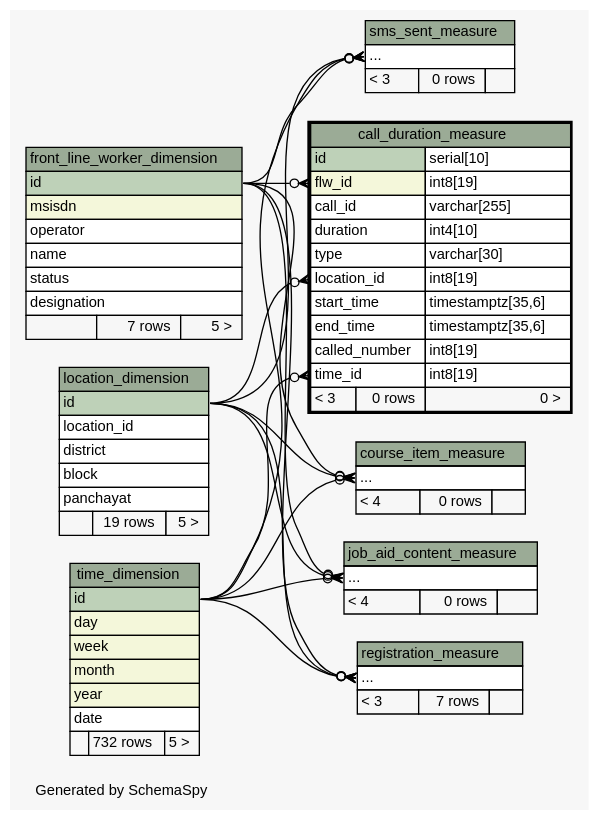
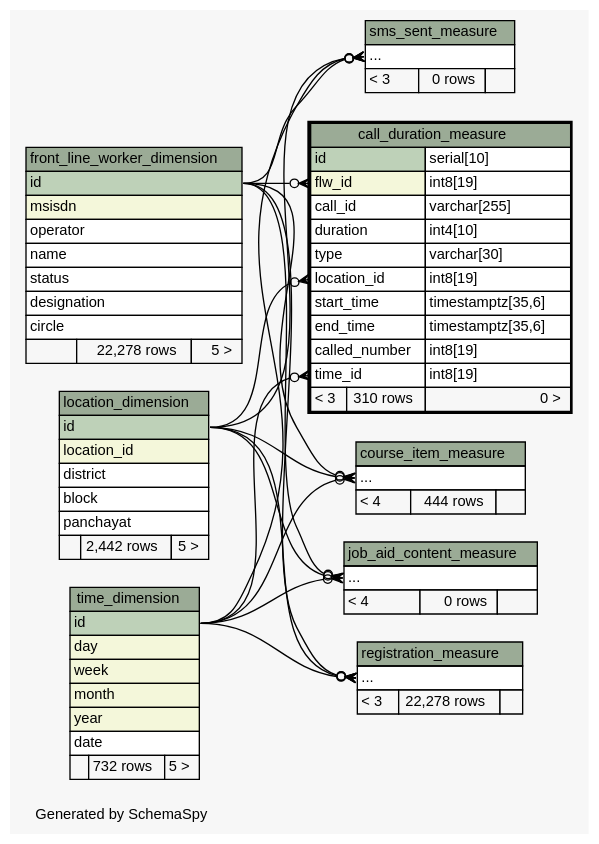
The diagram in ananya-report/build/schemaspy-output/diagrams/call_duration_measure.2degrees.dot (motech/ananya), drawn with Graphviz before and after one commit. The commit also changed 69 other files, not shown here.

```diff
--- a/ananya-report/build/schemaspy-output/diagrams/call_duration_measure.2degrees.dot
+++ b/ananya-report/build/schemaspy-output/diagrams/call_duration_measure.2degrees.dot
@@ -1,140 +1,141 @@
 // dot 2.26.3 on Linux 2.6.38-11-generic-pae
 // SchemaSpy rev 590
 digraph "twoDegreesRelationshipsDiagram" {
   graph [
     rankdir="RL"
     bgcolor="#f7f7f7"
     label="\nGenerated by SchemaSpy"
     labeljust="l"
     nodesep="0.18"
     ranksep="0.46"
     fontname="Helvetica"
     fontsize="11"
   ];
   node [
     fontname="Helvetica"
     fontsize="11"
     shape="plaintext"
   ];
   edge [
     arrowsize="0.8"
   ];
   "call_duration_measure":"flw_id":w -> "front_line_worker_dimension":"id":e [arrowhead=none dir=back arrowtail=crowodot];
   "call_duration_measure":"location_id":w -> "location_dimension":"id":e [arrowhead=none dir=back arrowtail=crowodot];
   "call_duration_measure":"time_id":w -> "time_dimension":"id":e [arrowhead=none dir=back arrowtail=crowodot];
   "course_item_measure":"elipses":w -> "front_line_worker_dimension":"id":e [arrowhead=none dir=back arrowtail=crowodot];
   "course_item_measure":"elipses":w -> "location_dimension":"id":e [arrowhead=none dir=back arrowtail=crowodot];
   "course_item_measure":"elipses":w -> "time_dimension":"id":e [arrowhead=none dir=back arrowtail=crowodot];
   "job_aid_content_measure":"elipses":w -> "front_line_worker_dimension":"id":e [arrowhead=none dir=back arrowtail=crowodot];
   "job_aid_content_measure":"elipses":w -> "location_dimension":"id":e [arrowhead=none dir=back arrowtail=crowodot];
   "job_aid_content_measure":"elipses":w -> "time_dimension":"id":e [arrowhead=none dir=back arrowtail=crowodot];
   "registration_measure":"elipses":w -> "front_line_worker_dimension":"id":e [arrowhead=none dir=back arrowtail=crowodot];
   "registration_measure":"elipses":w -> "location_dimension":"id":e [arrowhead=none dir=back arrowtail=crowodot];
   "registration_measure":"elipses":w -> "time_dimension":"id":e [arrowhead=none dir=back arrowtail=crowodot];
   "sms_sent_measure":"elipses":w -> "front_line_worker_dimension":"id":e [arrowhead=none dir=back arrowtail=crowodot];
   "sms_sent_measure":"elipses":w -> "location_dimension":"id":e [arrowhead=none dir=back arrowtail=crowodot];
   "sms_sent_measure":"elipses":w -> "time_dimension":"id":e [arrowhead=none dir=back arrowtail=crowodot];
   "call_duration_measure" [
     label=<
     <TABLE BORDER="2" CELLBORDER="1" CELLSPACING="0" BGCOLOR="#ffffff">
       <TR><TD COLSPAN="3" BGCOLOR="#9bab96" ALIGN="CENTER">call_duration_measure</TD></TR>
       <TR><TD PORT="id" COLSPAN="2" BGCOLOR="#bed1b8" ALIGN="LEFT">id</TD><TD PORT="id.type" ALIGN="LEFT">serial[10]</TD></TR>
       <TR><TD PORT="flw_id" COLSPAN="2" BGCOLOR="#f4f7da" ALIGN="LEFT">flw_id</TD><TD PORT="flw_id.type" ALIGN="LEFT">int8[19]</TD></TR>
       <TR><TD PORT="call_id" COLSPAN="2" ALIGN="LEFT">call_id</TD><TD PORT="call_id.type" ALIGN="LEFT">varchar[255]</TD></TR>
       <TR><TD PORT="duration" COLSPAN="2" ALIGN="LEFT">duration</TD><TD PORT="duration.type" ALIGN="LEFT">int4[10]</TD></TR>
       <TR><TD PORT="type" COLSPAN="2" ALIGN="LEFT">type</TD><TD PORT="type.type" ALIGN="LEFT">varchar[30]</TD></TR>
       <TR><TD PORT="location_id" COLSPAN="2" ALIGN="LEFT">location_id</TD><TD PORT="location_id.type" ALIGN="LEFT">int8[19]</TD></TR>
       <TR><TD PORT="start_time" COLSPAN="2" ALIGN="LEFT">start_time</TD><TD PORT="start_time.type" ALIGN="LEFT">timestamptz[35,6]</TD></TR>
       <TR><TD PORT="end_time" COLSPAN="2" ALIGN="LEFT">end_time</TD><TD PORT="end_time.type" ALIGN="LEFT">timestamptz[35,6]</TD></TR>
       <TR><TD PORT="called_number" COLSPAN="2" ALIGN="LEFT">called_number</TD><TD PORT="called_number.type" ALIGN="LEFT">int8[19]</TD></TR>
       <TR><TD PORT="time_id" COLSPAN="2" ALIGN="LEFT">time_id</TD><TD PORT="time_id.type" ALIGN="LEFT">int8[19]</TD></TR>
-      <TR><TD ALIGN="LEFT" BGCOLOR="#f7f7f7">&lt; 3</TD><TD ALIGN="RIGHT" BGCOLOR="#f7f7f7">0 rows</TD><TD ALIGN="RIGHT" BGCOLOR="#f7f7f7">0 &gt;</TD></TR>
+      <TR><TD ALIGN="LEFT" BGCOLOR="#f7f7f7">&lt; 3</TD><TD ALIGN="RIGHT" BGCOLOR="#f7f7f7">310 rows</TD><TD ALIGN="RIGHT" BGCOLOR="#f7f7f7">0 &gt;</TD></TR>
     </TABLE>>
     URL="call_duration_measure.html"
     tooltip="call_duration_measure"
   ];
   "course_item_measure" [
     label=<
     <TABLE BORDER="0" CELLBORDER="1" CELLSPACING="0" BGCOLOR="#ffffff">
       <TR><TD COLSPAN="3" BGCOLOR="#9bab96" ALIGN="CENTER">course_item_measure</TD></TR>
       <TR><TD PORT="elipses" COLSPAN="3" ALIGN="LEFT">...</TD></TR>
-      <TR><TD ALIGN="LEFT" BGCOLOR="#f7f7f7">&lt; 4</TD><TD ALIGN="RIGHT" BGCOLOR="#f7f7f7">0 rows</TD><TD ALIGN="RIGHT" BGCOLOR="#f7f7f7">  </TD></TR>
+      <TR><TD ALIGN="LEFT" BGCOLOR="#f7f7f7">&lt; 4</TD><TD ALIGN="RIGHT" BGCOLOR="#f7f7f7">444 rows</TD><TD ALIGN="RIGHT" BGCOLOR="#f7f7f7">  </TD></TR>
     </TABLE>>
     URL="course_item_measure.html"
     tooltip="course_item_measure"
   ];
   "front_line_worker_dimension" [
     label=<
     <TABLE BORDER="0" CELLBORDER="1" CELLSPACING="0" BGCOLOR="#ffffff">
       <TR><TD COLSPAN="3" BGCOLOR="#9bab96" ALIGN="CENTER">front_line_worker_dimension</TD></TR>
       <TR><TD PORT="id" COLSPAN="3" BGCOLOR="#bed1b8" ALIGN="LEFT">id</TD></TR>
       <TR><TD PORT="msisdn" COLSPAN="3" BGCOLOR="#f4f7da" ALIGN="LEFT">msisdn</TD></TR>
       <TR><TD PORT="operator" COLSPAN="3" ALIGN="LEFT">operator</TD></TR>
       <TR><TD PORT="name" COLSPAN="3" ALIGN="LEFT">name</TD></TR>
       <TR><TD PORT="status" COLSPAN="3" ALIGN="LEFT">status</TD></TR>
       <TR><TD PORT="designation" COLSPAN="3" ALIGN="LEFT">designation</TD></TR>
-      <TR><TD ALIGN="LEFT" BGCOLOR="#f7f7f7">  </TD><TD ALIGN="RIGHT" BGCOLOR="#f7f7f7">7 rows</TD><TD ALIGN="RIGHT" BGCOLOR="#f7f7f7">5 &gt;</TD></TR>
+      <TR><TD PORT="circle" COLSPAN="3" ALIGN="LEFT">circle</TD></TR>
+      <TR><TD ALIGN="LEFT" BGCOLOR="#f7f7f7">  </TD><TD ALIGN="RIGHT" BGCOLOR="#f7f7f7">22,278 rows</TD><TD ALIGN="RIGHT" BGCOLOR="#f7f7f7">5 &gt;</TD></TR>
     </TABLE>>
     URL="front_line_worker_dimension.html"
     tooltip="front_line_worker_dimension"
   ];
   "job_aid_content_measure" [
     label=<
     <TABLE BORDER="0" CELLBORDER="1" CELLSPACING="0" BGCOLOR="#ffffff">
       <TR><TD COLSPAN="3" BGCOLOR="#9bab96" ALIGN="CENTER">job_aid_content_measure</TD></TR>
       <TR><TD PORT="elipses" COLSPAN="3" ALIGN="LEFT">...</TD></TR>
       <TR><TD ALIGN="LEFT" BGCOLOR="#f7f7f7">&lt; 4</TD><TD ALIGN="RIGHT" BGCOLOR="#f7f7f7">0 rows</TD><TD ALIGN="RIGHT" BGCOLOR="#f7f7f7">  </TD></TR>
     </TABLE>>
     URL="job_aid_content_measure.html"
     tooltip="job_aid_content_measure"
   ];
   "location_dimension" [
     label=<
     <TABLE BORDER="0" CELLBORDER="1" CELLSPACING="0" BGCOLOR="#ffffff">
       <TR><TD COLSPAN="3" BGCOLOR="#9bab96" ALIGN="CENTER">location_dimension</TD></TR>
       <TR><TD PORT="id" COLSPAN="3" BGCOLOR="#bed1b8" ALIGN="LEFT">id</TD></TR>
-      <TR><TD PORT="location_id" COLSPAN="3" ALIGN="LEFT">location_id</TD></TR>
+      <TR><TD PORT="location_id" COLSPAN="3" BGCOLOR="#f4f7da" ALIGN="LEFT">location_id</TD></TR>
       <TR><TD PORT="district" COLSPAN="3" ALIGN="LEFT">district</TD></TR>
       <TR><TD PORT="block" COLSPAN="3" ALIGN="LEFT">block</TD></TR>
       <TR><TD PORT="panchayat" COLSPAN="3" ALIGN="LEFT">panchayat</TD></TR>
-      <TR><TD ALIGN="LEFT" BGCOLOR="#f7f7f7">  </TD><TD ALIGN="RIGHT" BGCOLOR="#f7f7f7">19 rows</TD><TD ALIGN="RIGHT" BGCOLOR="#f7f7f7">5 &gt;</TD></TR>
+      <TR><TD ALIGN="LEFT" BGCOLOR="#f7f7f7">  </TD><TD ALIGN="RIGHT" BGCOLOR="#f7f7f7">2,442 rows</TD><TD ALIGN="RIGHT" BGCOLOR="#f7f7f7">5 &gt;</TD></TR>
     </TABLE>>
     URL="location_dimension.html"
     tooltip="location_dimension"
   ];
   "registration_measure" [
     label=<
     <TABLE BORDER="0" CELLBORDER="1" CELLSPACING="0" BGCOLOR="#ffffff">
       <TR><TD COLSPAN="3" BGCOLOR="#9bab96" ALIGN="CENTER">registration_measure</TD></TR>
       <TR><TD PORT="elipses" COLSPAN="3" ALIGN="LEFT">...</TD></TR>
-      <TR><TD ALIGN="LEFT" BGCOLOR="#f7f7f7">&lt; 3</TD><TD ALIGN="RIGHT" BGCOLOR="#f7f7f7">7 rows</TD><TD ALIGN="RIGHT" BGCOLOR="#f7f7f7">  </TD></TR>
+      <TR><TD ALIGN="LEFT" BGCOLOR="#f7f7f7">&lt; 3</TD><TD ALIGN="RIGHT" BGCOLOR="#f7f7f7">22,278 rows</TD><TD ALIGN="RIGHT" BGCOLOR="#f7f7f7">  </TD></TR>
     </TABLE>>
     URL="registration_measure.html"
     tooltip="registration_measure"
   ];
   "sms_sent_measure" [
     label=<
     <TABLE BORDER="0" CELLBORDER="1" CELLSPACING="0" BGCOLOR="#ffffff">
       <TR><TD COLSPAN="3" BGCOLOR="#9bab96" ALIGN="CENTER">sms_sent_measure</TD></TR>
       <TR><TD PORT="elipses" COLSPAN="3" ALIGN="LEFT">...</TD></TR>
       <TR><TD ALIGN="LEFT" BGCOLOR="#f7f7f7">&lt; 3</TD><TD ALIGN="RIGHT" BGCOLOR="#f7f7f7">0 rows</TD><TD ALIGN="RIGHT" BGCOLOR="#f7f7f7">  </TD></TR>
     </TABLE>>
     URL="sms_sent_measure.html"
     tooltip="sms_sent_measure"
   ];
   "time_dimension" [
     label=<
     <TABLE BORDER="0" CELLBORDER="1" CELLSPACING="0" BGCOLOR="#ffffff">
       <TR><TD COLSPAN="3" BGCOLOR="#9bab96" ALIGN="CENTER">time_dimension</TD></TR>
       <TR><TD PORT="id" COLSPAN="3" BGCOLOR="#bed1b8" ALIGN="LEFT">id</TD></TR>
       <TR><TD PORT="day" COLSPAN="3" BGCOLOR="#f4f7da" ALIGN="LEFT">day</TD></TR>
       <TR><TD PORT="week" COLSPAN="3" BGCOLOR="#f4f7da" ALIGN="LEFT">week</TD></TR>
       <TR><TD PORT="month" COLSPAN="3" BGCOLOR="#f4f7da" ALIGN="LEFT">month</TD></TR>
       <TR><TD PORT="year" COLSPAN="3" BGCOLOR="#f4f7da" ALIGN="LEFT">year</TD></TR>
       <TR><TD PORT="date" COLSPAN="3" ALIGN="LEFT">date</TD></TR>
       <TR><TD ALIGN="LEFT" BGCOLOR="#f7f7f7">  </TD><TD ALIGN="RIGHT" BGCOLOR="#f7f7f7">732 rows</TD><TD ALIGN="RIGHT" BGCOLOR="#f7f7f7">5 &gt;</TD></TR>
     </TABLE>>
     URL="time_dimension.html"
     tooltip="time_dimension"
   ];
 }
```
